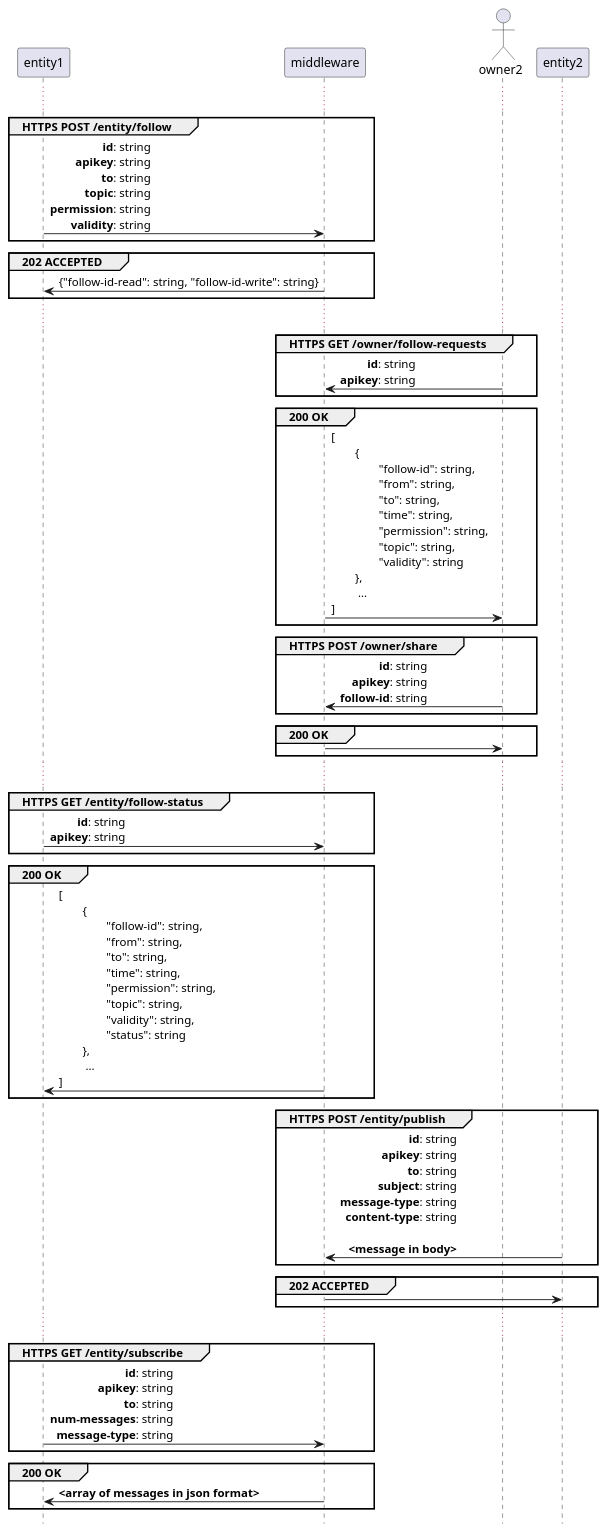
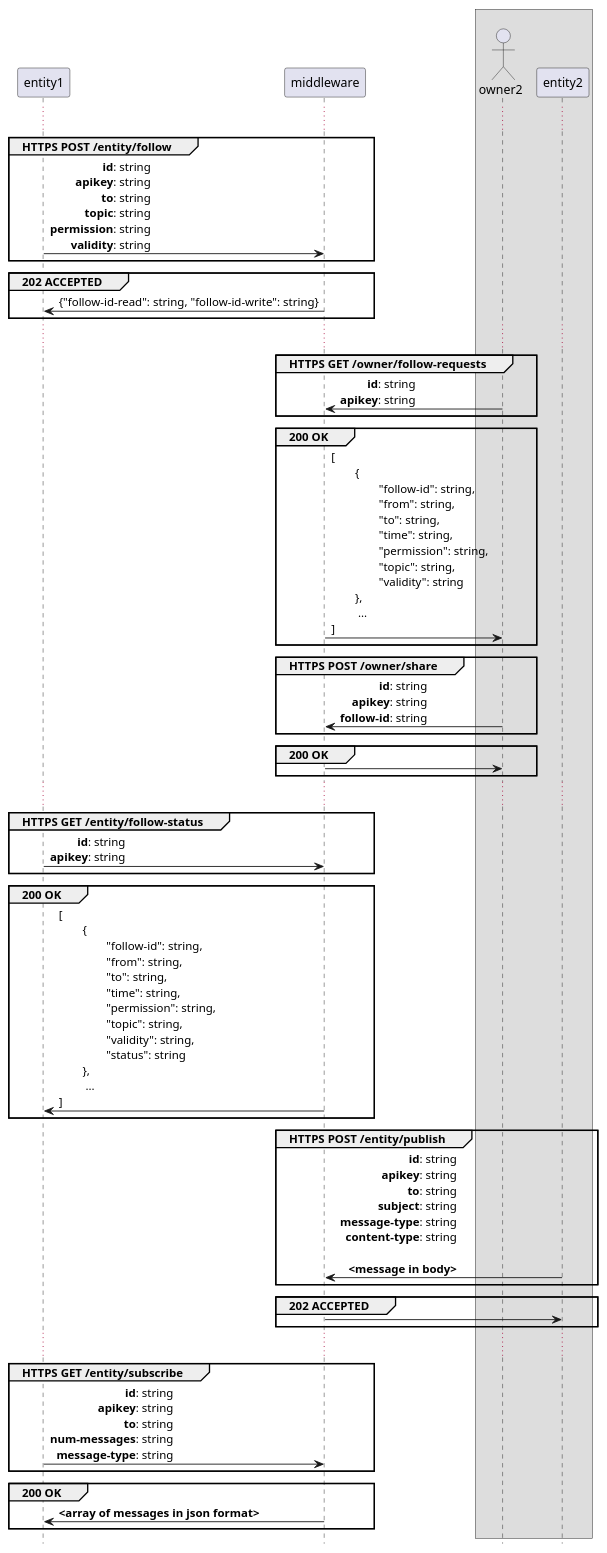
The diagram in DOCS/publish.plantuml (rbccps-iisc/corinthian), drawn with PlantUML before and after one commit. The commit also changed 8 other files, not shown here.

Commit message:
update diagrams

```diff
--- a/DOCS/publish.plantuml
+++ b/DOCS/publish.plantuml
@@ -1,62 +1,68 @@
 @startuml
 hide footbox
 
 
 ...
 group HTTPS POST /entity/follow
 entity1 -> middleware: **id**: string\r**apikey**: string\r**to**: string\r**topic**: string\r**permission**: string\r**validity**: string
 end
 
 group 202 ACCEPTED
 middleware -> entity1: {"follow-id-read": string, "follow-id-write": string}
 end
 
 ...
 
-actor owner2
+
+
+box " "
+    actor owner2
+
+	participant entity2
+end box
 
 group HTTPS GET /owner/follow-requests
 owner2 -> middleware:**id**: string\r**apikey**: string
 end
 
 group 200 OK
 middleware -> owner2: [\l\t{\t\r\t\t"follow-id": string,\r\t\t"from": string,\r\t\t"to": string,\r\t\t"time": string,\r\t\t"permission": string,\r\t\t"topic": string,\r\t\t"validity": string\r\t},\l\t ...\l]
 end
 
 group HTTPS POST /owner/share
 owner2 -> middleware : **id**: string\r**apikey**: string\r**follow-id**: string
 end
 
 group 200 OK
 middleware -> owner2
 end
 
 ...
 group HTTPS GET /entity/follow-status
 entity1 -> middleware: **id**: string\r**apikey**: string
 end
 
 group 200 OK
 middleware -> entity1: [\l\t{\t\r\t\t"follow-id": string,\r\t\t"from": string,\r\t\t"to": string,\r\t\t"time": string,\r\t\t"permission": string,\r\t\t"topic": string,\r\t\t"validity": string,\r\t\t"status": string\r\t},\l\t ...\l]
 end
 
 
 group HTTPS POST /entity/publish
 entity2 -> middleware: **id**: string\r**apikey**: string\r**to**: string\r**subject**: string\r**message-type**: string\r**content-type**: string\r\r**<message in body>**
 end
 
 group 202 ACCEPTED
 middleware -> entity2:
 end
 
 ...
 group HTTPS GET /entity/subscribe
 
 entity1 -> middleware: **id**: string\r**apikey**: string\r**to**: string\r**num-messages**: string\r**message-type**: string
 end
 
 group 200 OK
 middleware -> entity1: **<array of messages in json format>**
 end
 
 @enduml
```
